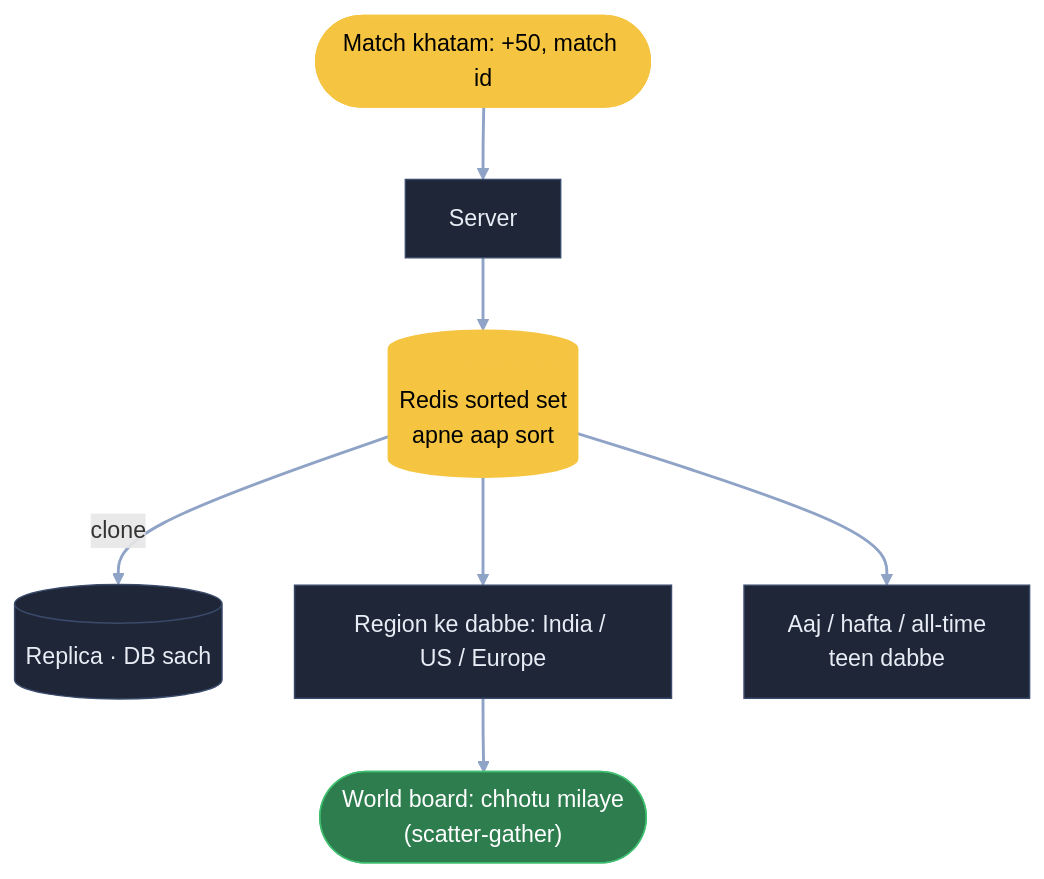
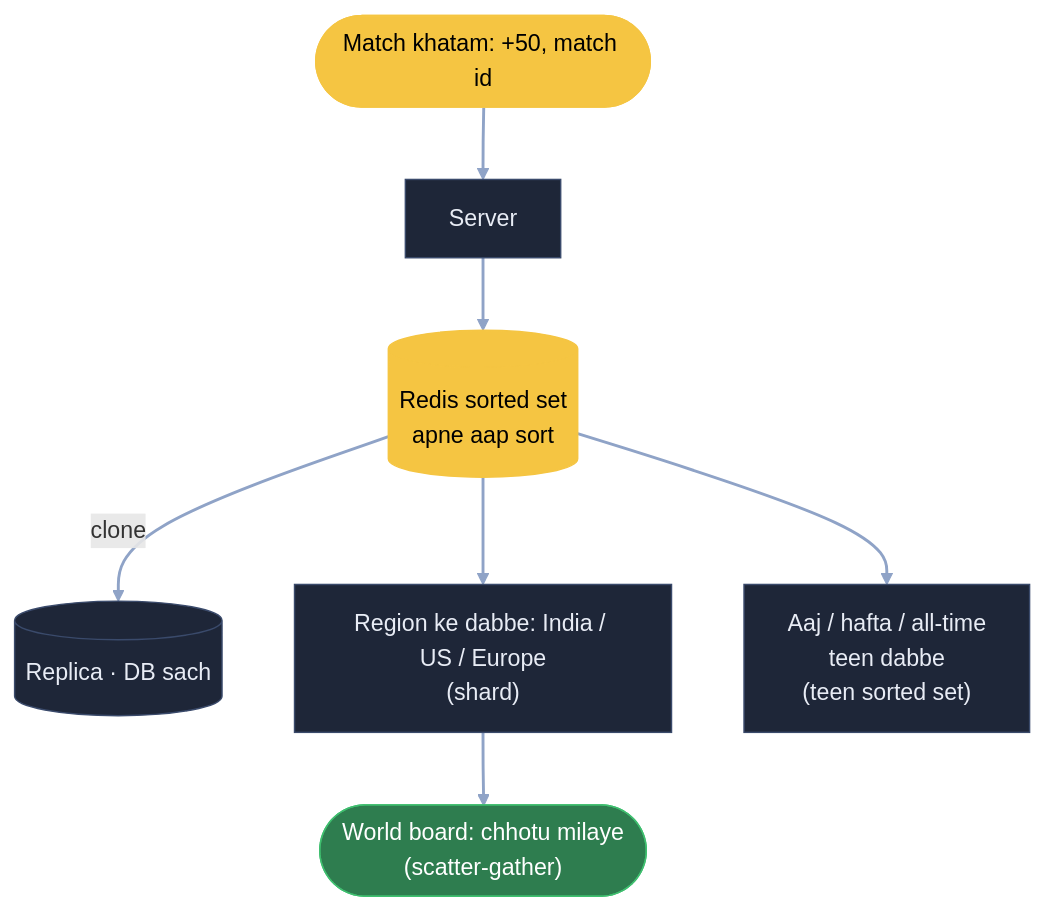
The eighth of 8 diagrams in 04_HLD/SYSTEM_DESIGNS/16_leaderboard/16_leaderboard.md (ArpanMaheshwari144/Prep), drawn with Mermaid before and after one commit. The commit also changed other lines of this file and 20 other files, not shown here.

Commit message:
HLD main files: diagram me kahani shabd + bracket me asli naam (21 design, 182 label)

````diff
--- a/04_HLD/SYSTEM_DESIGNS/16_leaderboard/16_leaderboard.md
+++ b/04_HLD/SYSTEM_DESIGNS/16_leaderboard/16_leaderboard.md
@@ -406,14 +406,14 @@
 ```mermaid
 flowchart TB
     M(["Match khatam: +50, match id"]):::pill --> S["Server"]:::card
     S --> Z[("Redis sorted set<br/>apne aap sort")]:::pill
     Z -- "clone" --> REP[("Replica · DB sach")]:::card
-    Z --> RG["Region ke dabbe: India / US / Europe"]:::card
+    Z --> RG["Region ke dabbe: India / US / Europe<br/>(shard)"]:::card
     RG --> W(["World board: chhotu milaye<br/>(scatter-gather)"]):::good
-    Z --> T["Aaj / hafta / all-time<br/>teen dabbe"]:::card
+    Z --> T["Aaj / hafta / all-time<br/>teen dabbe<br/>(teen sorted set)"]:::card
     linkStyle default stroke:#8fa3c7,stroke-width:2px
     classDef card fill:#1e2638,stroke:#3a4a6b,color:#e8ecf5
     classDef pill fill:#f5c542,stroke:#f5c542,color:#000
     classDef good fill:#2e7d4f,stroke:#3fbf6f,color:#fff
     classDef bad fill:#5c1f24,stroke:#e05561,color:#fff
 ```
````
